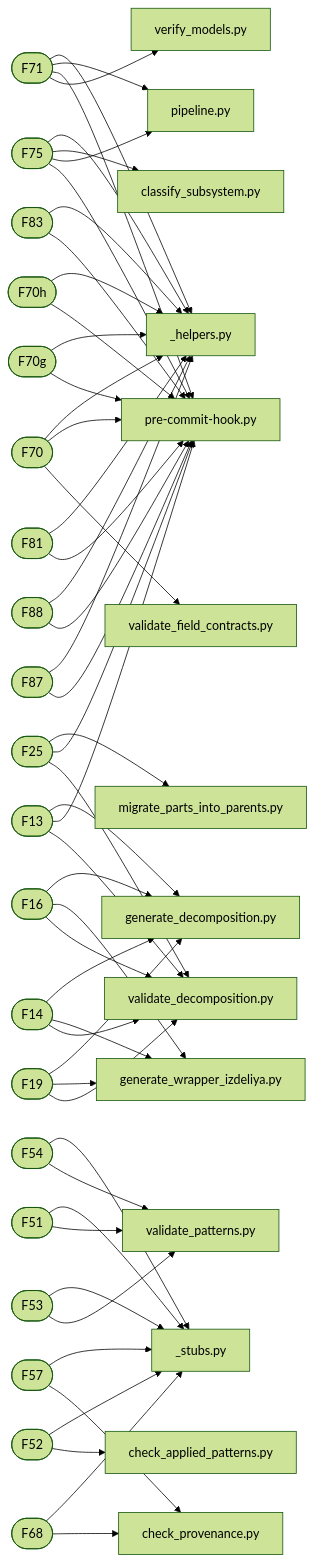
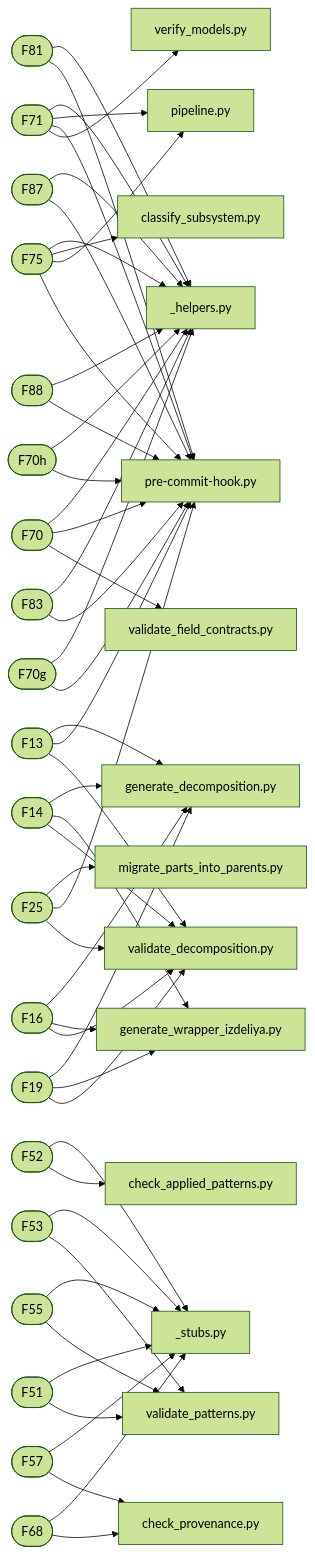
The diagram in graphs/mermaid/graph3_traceability.md (a-m-e-n-t-e-t/SkyNet), drawn with Mermaid (forest theme) before and after one commit. The commit also changed 23 other files, not shown here.

````diff
--- a/graphs/mermaid/graph3_traceability.md
+++ b/graphs/mermaid/graph3_traceability.md
@@ -27,6 +27,13 @@
     F70 --> script_pre-commit-hook_py
     script_validate_field_contracts_py[validate_field_contracts.py]
     F70 --> script_validate_field_contracts_py
+    F14([F14])
+    script_generate_decomposition_py[generate_decomposition.py]
+    F14 --> script_generate_decomposition_py
+    script_generate_wrapper_izdeliya_py[generate_wrapper_izdeliya.py]
+    F14 --> script_generate_wrapper_izdeliya_py
+    script_validate_decomposition_py[validate_decomposition.py]
+    F14 --> script_validate_decomposition_py
     F16([F16])
     script_generate_decomposition_py[generate_decomposition.py]
     F16 --> script_generate_decomposition_py
@@ -34,13 +41,6 @@
     F16 --> script_generate_wrapper_izdeliya_py
     script_validate_decomposition_py[validate_decomposition.py]
     F16 --> script_validate_decomposition_py
-    F14([F14])
-    script_generate_decomposition_py[generate_decomposition.py]
-    F14 --> script_generate_decomposition_py
-    script_generate_wrapper_izdeliya_py[generate_wrapper_izdeliya.py]
-    F14 --> script_generate_wrapper_izdeliya_py
-    script_validate_decomposition_py[validate_decomposition.py]
-    F14 --> script_validate_decomposition_py
     F19([F19])
     script_generate_decomposition_py[generate_decomposition.py]
     F19 --> script_generate_decomposition_py
@@ -62,51 +62,56 @@
     F25 --> script_pre-commit-hook_py
     script_validate_decomposition_py[validate_decomposition.py]
     F25 --> script_validate_decomposition_py
+    F81([F81])
+    script__helpers_py[_helpers.py]
+    F81 --> script__helpers_py
+    script_pre-commit-hook_py[pre-commit-hook.py]
+    F81 --> script_pre-commit-hook_py
+    F87([F87])
+    script__helpers_py[_helpers.py]
+    F87 --> script__helpers_py
+    script_pre-commit-hook_py[pre-commit-hook.py]
+    F87 --> script_pre-commit-hook_py
+    F88([F88])
+    script__helpers_py[_helpers.py]
+    F88 --> script__helpers_py
+    script_pre-commit-hook_py[pre-commit-hook.py]
+    F88 --> script_pre-commit-hook_py
+    F70h([F70h])
+    script__helpers_py[_helpers.py]
+    F70h --> script__helpers_py
+    script_pre-commit-hook_py[pre-commit-hook.py]
+    F70h --> script_pre-commit-hook_py
     F83([F83])
     script__helpers_py[_helpers.py]
     F83 --> script__helpers_py
     script_pre-commit-hook_py[pre-commit-hook.py]
     F83 --> script_pre-commit-hook_py
-    F70h([F70h])
-    script__helpers_py[_helpers.py]
-    F70h --> script__helpers_py
-    script_pre-commit-hook_py[pre-commit-hook.py]
-    F70h --> script_pre-commit-hook_py
     F70g([F70g])
     script__helpers_py[_helpers.py]
     F70g --> script__helpers_py
     script_pre-commit-hook_py[pre-commit-hook.py]
     F70g --> script_pre-commit-hook_py
-    F81([F81])
-    script__helpers_py[_helpers.py]
-    F81 --> script__helpers_py
-    script_pre-commit-hook_py[pre-commit-hook.py]
-    F81 --> script_pre-commit-hook_py
-    F88([F88])
-    script__helpers_py[_helpers.py]
-    F88 --> script__helpers_py
-    script_pre-commit-hook_py[pre-commit-hook.py]
-    F88 --> script_pre-commit-hook_py
-    F87([F87])
-    script__helpers_py[_helpers.py]
-    F87 --> script__helpers_py
-    script_pre-commit-hook_py[pre-commit-hook.py]
-    F87 --> script_pre-commit-hook_py
-    F54([F54])
+    F52([F52])
     script__stubs_py[_stubs.py]
-    F54 --> script__stubs_py
+    F52 --> script__stubs_py
+    script_check_applied_patterns_py[check_applied_patterns.py]
+    F52 --> script_check_applied_patterns_py
+    F53([F53])
+    script__stubs_py[_stubs.py]
+    F53 --> script__stubs_py
     script_validate_patterns_py[validate_patterns.py]
-    F54 --> script_validate_patterns_py
+    F53 --> script_validate_patterns_py
+    F55([F55])
+    script__stubs_py[_stubs.py]
+    F55 --> script__stubs_py
+    script_validate_patterns_py[validate_patterns.py]
+    F55 --> script_validate_patterns_py
     F51([F51])
     script__stubs_py[_stubs.py]
     F51 --> script__stubs_py
     script_validate_patterns_py[validate_patterns.py]
     F51 --> script_validate_patterns_py
-    F52([F52])
-    script__stubs_py[_stubs.py]
-    F52 --> script__stubs_py
-    script_check_applied_patterns_py[check_applied_patterns.py]
-    F52 --> script_check_applied_patterns_py
     F57([F57])
     script__stubs_py[_stubs.py]
     F57 --> script__stubs_py
@@ -117,9 +122,4 @@
     F68 --> script__stubs_py
     script_check_provenance_py[check_provenance.py]
     F68 --> script_check_provenance_py
-    F53([F53])
-    script__stubs_py[_stubs.py]
-    F53 --> script__stubs_py
-    script_validate_patterns_py[validate_patterns.py]
-    F53 --> script_validate_patterns_py
 ```
````
